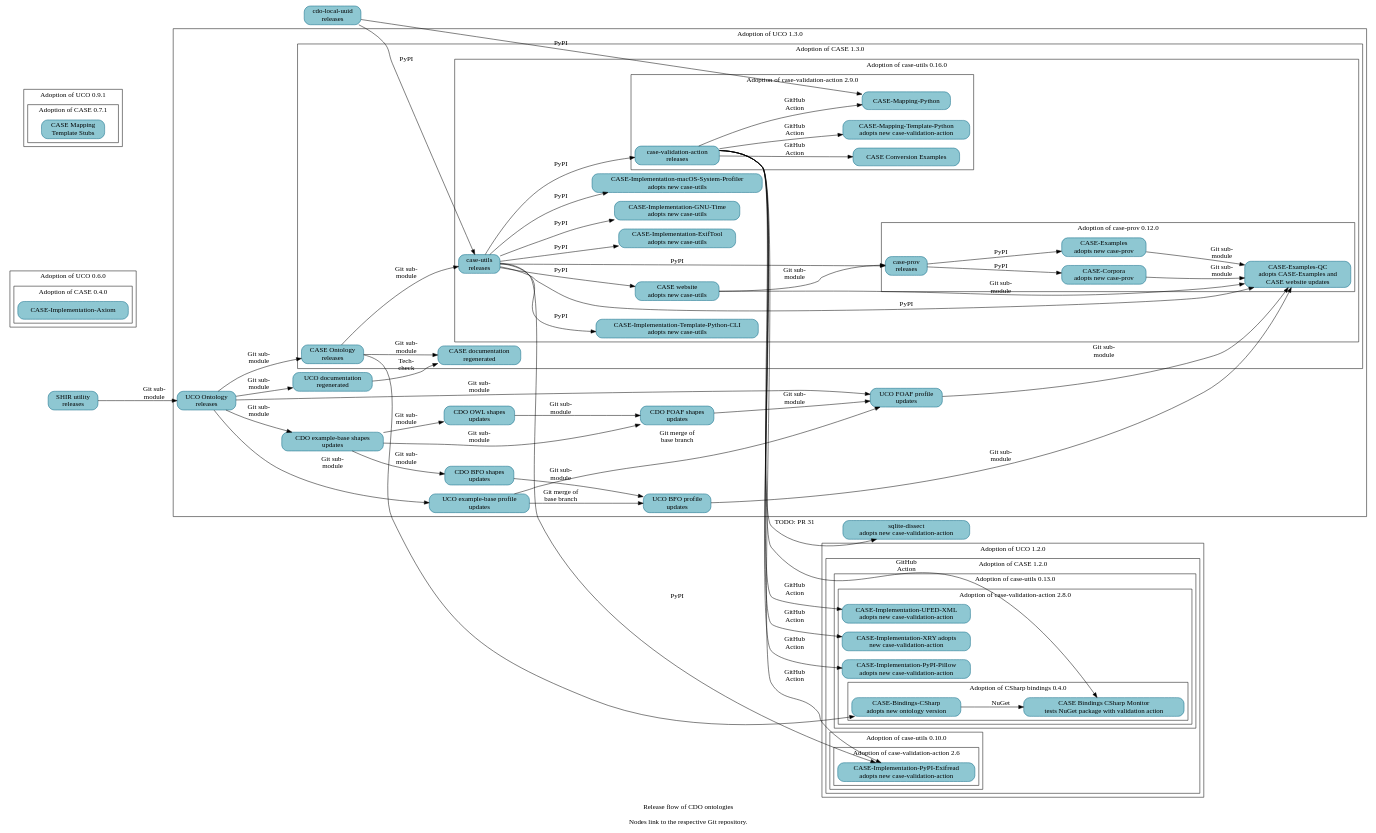
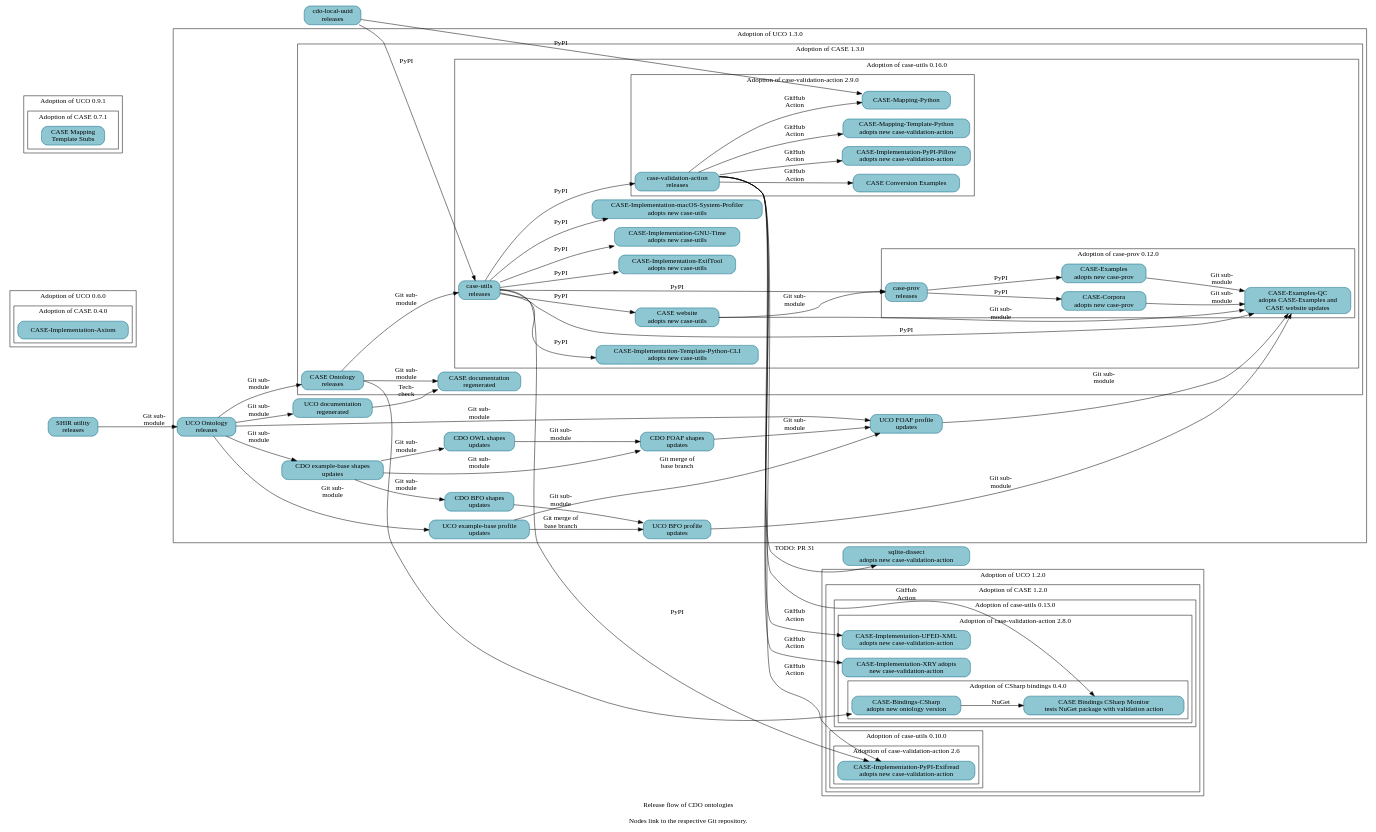
Before and after one commit to Cyber-Domain-Ontology/cdo.github.io: the diagram in resources/project_release_flow.dot, drawn with Graphviz. The commit also changed other lines of this file, not shown here.

First line of the commit message:
Bump adoption of case-validation-action

```diff
--- a/resources/project_release_flow.dot
+++ b/resources/project_release_flow.dot
@@ -1,168 +1,168 @@
 digraph "cdo_release_flow" {
   label = "Release flow of CDO ontologies\n\nNodes link to the respective Git repository." ;
   rankdir = "LR" ;
   node [shape="rectangle" style="filled,rounded" fillcolor="#8EC7D2" color="#0D6986"] ;
 
   // Define nodes in their corresponding progress subgraph.
 
   _GH__CYBER_DOMAIN_ONTOLOGY__CDO_UTILITY_LOCAL_UUID [URL="https://github.com/Cyber-Domain-Ontology/CDO-Utility-Local-UUID" label="cdo-local-uuid\nreleases"] ;
 
   subgraph cluster_uco_0_6_0 {
     label = "Adoption of UCO 0.6.0" ;
 
     subgraph cluster_case_0_4_0 {
       label = "Adoption of CASE 0.4.0" ;
       _GH__CASEWORK__CASE_IMPLEMENTATION_AXIOM [URL="https://github.com/casework/CASE-Implementation-Axiom" label="CASE-Implementation-Axiom"] ;
     }
   }
 
   subgraph cluster_uco_0_9_1 {
     label = "Adoption of UCO 0.9.1" ;
 
     subgraph cluster_case_0_7_1 {
       label = "Adoption of CASE 0.7.1" ;
       _GH__CASEWORK__CASE_MAPPING_TEMPLATE_STUBS [URL="https://github.com/casework/CASE-Mapping-Template-Stubs" label="CASE Mapping\nTemplate Stubs"] ;
     }
   }
 
   subgraph cluster_uco_1_2_0 {
     label = "Adoption of UCO 1.2.0" ;
 
     subgraph cluster_case_1_2_0 {
       label = "Adoption of CASE 1.2.0" ;
 
       subgraph cluster_case_utils_0_10_0 {
         label = "Adoption of case-utils 0.10.0" ;
 
         subgraph cluster_case_validation_action_2_6 {
           label = "Adoption of case-validation-action 2.6" ;
 
           _GH__CASEWORK__CASE_IMPLEMENTATION_PYPI_EXIFREAD [URL="https://github.com/casework/CASE-Implementation-PyPI-Exifread" label="CASE-Implementation-PyPI-Exifread\nadopts new case-validation-action"] ;
         }
       }
 
       subgraph cluster_case_utils_0_13_0 {
         label = "Adoption of case-utils 0.13.0" ;
 
         subgraph cluster_case_validation_action_2_8_0 {
           label = "Adoption of case-validation-action 2.8.0" ;
 
-          _GH__CASEWORK__CASE_IMPLEMENTATION_PYPI_PILLOW [URL="https://github.com/casework/CASE-Implementation-PyPI-Pillow" label="CASE-Implementation-PyPI-Pillow\nadopts new case-validation-action"] ;
           _GH__CASEWORK__CASE_IMPLEMENTATION_UFED_XML [URL="https://github.com/casework/CASE-Implementation-UFED-XML" label="CASE-Implementation-UFED-XML\nadopts new case-validation-action"] ;
           _GH__CASEWORK__CASE_IMPLEMENTATION_XRY [URL="https://github.com/casework/CASE-Implementation-XRY" label="CASE-Implementation-XRY adopts\nnew case-validation-action"] ;
 
           subgraph cluster_case_bindings_csharp_0_4_0 {
             label = "Adoption of CSharp bindings 0.4.0" ;
 
             _GH__CASEWORK__CASE_BINDINGS_CSHARP_MONITOR [URL="https://github.com/casework/CASE-Bindings-CSharp-Monitor" label="CASE Bindings CSharp Monitor\ntests NuGet package with validation action"] ;
             _GH__CIPHERTECHSOLUTIONS__CASE_BINDINGS_CSHARP [URL="https://github.com/ciphertechsolutions/CASE-Bindings-CSharp" label="CASE-Bindings-CSharp\nadopts new ontology version"] ;
           }
         }
       }
     }
   }
 
   subgraph cluster_uco_1_3_0 {
     label = "Adoption of UCO 1.3.0" ;
 
     _GH__CYBER_DOMAIN_ONTOLOGY__CDO_SHAPES_BFO [URL="https://github.com/Cyber-Domain-Ontology/CDO-Shapes-BFO" label="CDO BFO shapes\nupdates"] ;
     _GH__CYBER_DOMAIN_ONTOLOGY__CDO_SHAPES_EXAMPLE [URL="https://github.com/Cyber-Domain-Ontology/CDO-Shapes-Example" label="CDO example-base shapes\nupdates"] ;
     _GH__CYBER_DOMAIN_ONTOLOGY__CDO_SHAPES_FOAF [URL="https://github.com/Cyber-Domain-Ontology/CDO-Shapes-FOAF" label="CDO FOAF shapes\nupdates"] ;
     _GH__CYBER_DOMAIN_ONTOLOGY__CDO_SHAPES_OWL [URL="https://github.com/Cyber-Domain-Ontology/CDO-Shapes-OWL" label="CDO OWL shapes\nupdates"] ;
     _GH__UCOPROJECT__ONTOLOGY_UNIFIEDCYBERONTOLOGY_ORG [URL="https://github.com/ucoProject/ontology.unifiedcyberontology.org" label="UCO documentation\nregenerated"] ;
     _GH__UCOPROJECT__UCO [URL="https://github.com/ucoProject/UCO" label="UCO Ontology\nreleases"] ;
     _GH__UCOPROJECT__UCO_PROFILE_BFO [URL="https://github.com/ucoProject/UCO-Profile-BFO" label="UCO BFO profile\nupdates"] ;
     _GH__UCOPROJECT__UCO_PROFILE_EXAMPLE [URL="https://github.com/ucoProject/UCO-Profile-Example" label="UCO example-base profile\nupdates"] ;
     _GH__UCOPROJECT__UCO_PROFILE_FOAF [URL="https://github.com/ucoProject/UCO-Profile-FOAF" label="UCO FOAF profile\nupdates"] ;
 
 
     subgraph cluster_case_1_2_0 {
       label = "Adoption of CASE 1.3.0" ;
 
       _GH__CASEWORK__CASE [URL="https://github.com/casework/CASE" label="CASE Ontology\nreleases"] ;
       _GH__CASEWORK__ONTOLOGY_CASEONTOLOGY_ORG [URL="https://github.com/casework/ontology.caseontology.org" label="CASE documentation\nregenerated"] ;
 
       subgraph cluster_case_utils_0_16_0 {
         label = "Adoption of case-utils 0.16.0" ;
 
         _GH__CASEWORK__CASE_IMPLEMENTATION_EXIFTOOL [URL="https://github.com/casework/CASE-Implementation-ExifTool" label="CASE-Implementation-ExifTool\nadopts new case-utils"] ;
         _GH__CASEWORK__CASE_IMPLEMENTATION_GNU_TIME [URL="https://github.com/casework/CASE-Implementation-GNU-Time" label="CASE-Implementation-GNU-Time\nadopts new case-utils"] ;
         _GH__CASEWORK__CASE_IMPLEMENTATION_MACOS_SYSTEM_PROFILER [URL="https://github.com/casework/CASE-Implementation-macOS-System-Profiler" label="CASE-Implementation-macOS-System-Profiler\nadopts new case-utils"] ;
         _GH__CASEWORK__CASE_IMPLEMENTATION_TEMPLATE_PYTHON_CLI [URL="https://github.com/casework/CASE-Implementation-Template-Python-CLI" label="CASE-Implementation-Template-Python-CLI\nadopts new case-utils"]
         _GH__CASEWORK__CASE_UTILITIES_PYTHON [URL="https://github.com/casework/CASE-Utilities-Python" label="case-utils\nreleases"] ;
         _GH__CASEWORK__CASEWORK_GITHUB_IO [URL="https://github.com/casework/casework.github.io" label="CASE website\nadopts new case-utils"] ;
 
         subgraph cluster_case_prov_0_12_0 {
           label = "Adoption of case-prov 0.12.0" ;
 
           _GH__AJNELSON_NIST__CASE_EXAMPLES_QC [URL="https://github.com/ajnelson-nist/CASE-Examples-QC" label="CASE-Examples-QC\nadopts CASE-Examples and\nCASE website updates"] ;
           _GH__CASEWORK__CASE_CORPORA [URL="https://github.com/casework/CASE-Corpora" label="CASE-Corpora\nadopts new case-prov"] ;
           _GH__CASEWORK__CASE_EXAMPLES [URL="https://github.com/casework/CASE-Examples" label="CASE-Examples\nadopts new case-prov"] ;
           _GH__CASEWORK__CASE_IMPLEMENTATION_PROV_O [URL="https://github.com/casework/CASE-Implementation-PROV-O" label="case-prov\nreleases"] ;
         }
 
         subgraph cluster_case_validation_action_2_9_0 {
           label = "Adoption of case-validation-action 2.9.0" ;
 
           _GH__CASEWORK__CASE_EXAMPLES_CONVERSION [URL="https://github.com/casework/CASE-Examples-Conversion" label="CASE Conversion Examples"] ;
+          _GH__CASEWORK__CASE_IMPLEMENTATION_PYPI_PILLOW [URL="https://github.com/casework/CASE-Implementation-PyPI-Pillow" label="CASE-Implementation-PyPI-Pillow\nadopts new case-validation-action"] ;
           _GH__CASEWORK__CASE_MAPPING_PYTHON [URL="https://github.com/casework/CASE-Mapping-Python/" label="CASE-Mapping-Python"] ;
           _GH__CASEWORK__CASE_MAPPING_TEMPLATE_PYTHON [URL="https://github.com/casework/CASE-Mapping-Template-Python" label="CASE-Mapping-Template-Python\nadopts new case-validation-action"] ;
           _GH__KCHASON__CASE_VALIDATION_ACTION [URL="https://github.com/kchason/case-validation-action" label="case-validation-action\nreleases"] ;
         }
       }
     }
   }
 
   _GH__CASEWORK__CASE_UTILITY_SHACL_INHERITANCE_REVIEWER [URL="https://github.com/casework/CASE-Utility-SHACL-Inheritance-Reviewer" label="SHIR utility\nreleases"] ;
   _GH__DOD_CYBER_CRIME_CENTER__SQLITE_DISSECT [URL="https://github.com/dod-cyber-crime-center/sqlite-dissect" label="sqlite-dissect\nadopts new case-validation-action"] ;
 
   // Begin edges
 
   _GH__CASEWORK__CASEWORK_GITHUB_IO -> _GH__CASEWORK__CASE_IMPLEMENTATION_PROV_O [label="Git sub-\nmodule"] ;
   _GH__CASEWORK__CASE_CORPORA -> _GH__AJNELSON_NIST__CASE_EXAMPLES_QC [label="Git sub-\nmodule"] ;
   _GH__CASEWORK__CASE -> _GH__CASEWORK__CASE_UTILITIES_PYTHON [label="Git sub-\nmodule"] ;
   _GH__CASEWORK__CASE -> _GH__CIPHERTECHSOLUTIONS__CASE_BINDINGS_CSHARP ;
   _GH__CASEWORK__CASE -> _GH__CASEWORK__ONTOLOGY_CASEONTOLOGY_ORG [label="Git sub-\nmodule"] ; 
   _GH__CASEWORK__CASE_EXAMPLES -> _GH__AJNELSON_NIST__CASE_EXAMPLES_QC [label="Git sub-\nmodule"] ;
   _GH__CASEWORK__CASE_IMPLEMENTATION_PROV_O -> _GH__CASEWORK__CASE_CORPORA [label="PyPI"] ;
   _GH__CASEWORK__CASE_IMPLEMENTATION_PROV_O -> _GH__CASEWORK__CASE_EXAMPLES [label="PyPI"] ;
   _GH__CASEWORK__CASE_UTILITIES_PYTHON -> _GH__AJNELSON_NIST__CASE_EXAMPLES_QC [label="PyPI"] ;
   _GH__CASEWORK__CASE_UTILITIES_PYTHON -> _GH__CASEWORK__CASE_IMPLEMENTATION_EXIFTOOL [label="PyPI"] ;
   _GH__CASEWORK__CASE_UTILITIES_PYTHON -> _GH__CASEWORK__CASE_IMPLEMENTATION_GNU_TIME [label="PyPI"] ;
   _GH__CASEWORK__CASE_UTILITIES_PYTHON -> _GH__CASEWORK__CASE_IMPLEMENTATION_MACOS_SYSTEM_PROFILER [label="PyPI"] ;
   _GH__CASEWORK__CASE_UTILITIES_PYTHON -> _GH__CASEWORK__CASE_IMPLEMENTATION_PROV_O [label="PyPI"] ;
   _GH__CASEWORK__CASE_UTILITIES_PYTHON -> _GH__CASEWORK__CASE_IMPLEMENTATION_PYPI_EXIFREAD [label="PyPI"] ;
   _GH__CASEWORK__CASE_UTILITIES_PYTHON -> _GH__CASEWORK__CASE_IMPLEMENTATION_TEMPLATE_PYTHON_CLI [label="PyPI"];
   _GH__CASEWORK__CASE_UTILITIES_PYTHON -> _GH__KCHASON__CASE_VALIDATION_ACTION [label="PyPI"] ;
   _GH__CASEWORK__CASE_UTILITIES_PYTHON -> _GH__CASEWORK__CASEWORK_GITHUB_IO [label="PyPI"] ;
   _GH__CASEWORK__CASE_UTILITY_SHACL_INHERITANCE_REVIEWER -> _GH__UCOPROJECT__UCO [label="Git sub-\nmodule"] ;
   _GH__CASEWORK__CASEWORK_GITHUB_IO -> _GH__AJNELSON_NIST__CASE_EXAMPLES_QC [label="Git sub-\nmodule"] ;
   _GH__CIPHERTECHSOLUTIONS__CASE_BINDINGS_CSHARP -> _GH__CASEWORK__CASE_BINDINGS_CSHARP_MONITOR [label="NuGet"] ;
   _GH__CYBER_DOMAIN_ONTOLOGY__CDO_UTILITY_LOCAL_UUID -> _GH__CASEWORK__CASE_MAPPING_PYTHON [label="PyPI"] ;
   _GH__CYBER_DOMAIN_ONTOLOGY__CDO_UTILITY_LOCAL_UUID -> _GH__CASEWORK__CASE_UTILITIES_PYTHON [label="PyPI"] ;
   _GH__CYBER_DOMAIN_ONTOLOGY__CDO_SHAPES_BFO -> _GH__UCOPROJECT__UCO_PROFILE_BFO [label="Git sub-\nmodule"] ;
   _GH__CYBER_DOMAIN_ONTOLOGY__CDO_SHAPES_EXAMPLE -> _GH__CYBER_DOMAIN_ONTOLOGY__CDO_SHAPES_BFO [label="Git sub-\nmodule"] ;
   _GH__CYBER_DOMAIN_ONTOLOGY__CDO_SHAPES_EXAMPLE -> _GH__CYBER_DOMAIN_ONTOLOGY__CDO_SHAPES_FOAF [label="Git sub-\nmodule"] ;
   _GH__CYBER_DOMAIN_ONTOLOGY__CDO_SHAPES_EXAMPLE -> _GH__CYBER_DOMAIN_ONTOLOGY__CDO_SHAPES_OWL [label="Git sub-\nmodule"] ;
   _GH__CYBER_DOMAIN_ONTOLOGY__CDO_SHAPES_FOAF -> _GH__UCOPROJECT__UCO_PROFILE_FOAF [label="Git sub-\nmodule"] ;
   _GH__CYBER_DOMAIN_ONTOLOGY__CDO_SHAPES_OWL -> _GH__CYBER_DOMAIN_ONTOLOGY__CDO_SHAPES_FOAF [label="Git sub-\nmodule"] ;
   _GH__KCHASON__CASE_VALIDATION_ACTION -> _GH__CASEWORK__CASE_BINDINGS_CSHARP_MONITOR [label="GitHub\nAction"] ;
   _GH__KCHASON__CASE_VALIDATION_ACTION -> _GH__CASEWORK__CASE_EXAMPLES_CONVERSION [label="GitHub\nAction"];
   _GH__KCHASON__CASE_VALIDATION_ACTION -> _GH__CASEWORK__CASE_IMPLEMENTATION_PYPI_EXIFREAD [label="GitHub\nAction"] ;
   _GH__KCHASON__CASE_VALIDATION_ACTION -> _GH__CASEWORK__CASE_IMPLEMENTATION_PYPI_PILLOW [label="GitHub\nAction"] ;
   _GH__KCHASON__CASE_VALIDATION_ACTION -> _GH__CASEWORK__CASE_IMPLEMENTATION_UFED_XML [label="GitHub\nAction"] ;
   _GH__KCHASON__CASE_VALIDATION_ACTION -> _GH__CASEWORK__CASE_IMPLEMENTATION_XRY [label="GitHub\nAction"] ;
   _GH__KCHASON__CASE_VALIDATION_ACTION -> _GH__CASEWORK__CASE_MAPPING_PYTHON [label="GitHub\nAction"] ;
   _GH__KCHASON__CASE_VALIDATION_ACTION -> _GH__CASEWORK__CASE_MAPPING_TEMPLATE_PYTHON [label="GitHub\nAction"] ;
   _GH__KCHASON__CASE_VALIDATION_ACTION -> _GH__DOD_CYBER_CRIME_CENTER__SQLITE_DISSECT [URL="https://github.com/dod-cyber-crime-center/sqlite-dissect/pull/31" label="TODO: PR 31"] ;
   _GH__UCOPROJECT__ONTOLOGY_UNIFIEDCYBERONTOLOGY_ORG -> _GH__CASEWORK__ONTOLOGY_CASEONTOLOGY_ORG [label="Tech-\ncheck"];
   _GH__UCOPROJECT__UCO -> _GH__CASEWORK__CASE [label="Git sub-\nmodule"] ;
   _GH__UCOPROJECT__UCO -> _GH__CYBER_DOMAIN_ONTOLOGY__CDO_SHAPES_EXAMPLE [label="Git sub-\nmodule"] ;
   _GH__UCOPROJECT__UCO -> _GH__UCOPROJECT__ONTOLOGY_UNIFIEDCYBERONTOLOGY_ORG [label="Git sub-\nmodule"] ;
   _GH__UCOPROJECT__UCO -> _GH__UCOPROJECT__UCO_PROFILE_EXAMPLE [label="Git sub-\nmodule"] ;
   _GH__UCOPROJECT__UCO -> _GH__UCOPROJECT__UCO_PROFILE_FOAF [label="Git sub-\nmodule"] ;
   _GH__UCOPROJECT__UCO_PROFILE_BFO -> _GH__AJNELSON_NIST__CASE_EXAMPLES_QC [label="Git sub-\nmodule"] ;
   _GH__UCOPROJECT__UCO_PROFILE_EXAMPLE -> _GH__UCOPROJECT__UCO_PROFILE_BFO [label="Git merge of\nbase branch"] ;
   _GH__UCOPROJECT__UCO_PROFILE_EXAMPLE -> _GH__UCOPROJECT__UCO_PROFILE_FOAF [label="Git merge of\nbase branch"] ;
   _GH__UCOPROJECT__UCO_PROFILE_FOAF -> _GH__AJNELSON_NIST__CASE_EXAMPLES_QC [label="Git sub-\nmodule"] ;
 }
```
